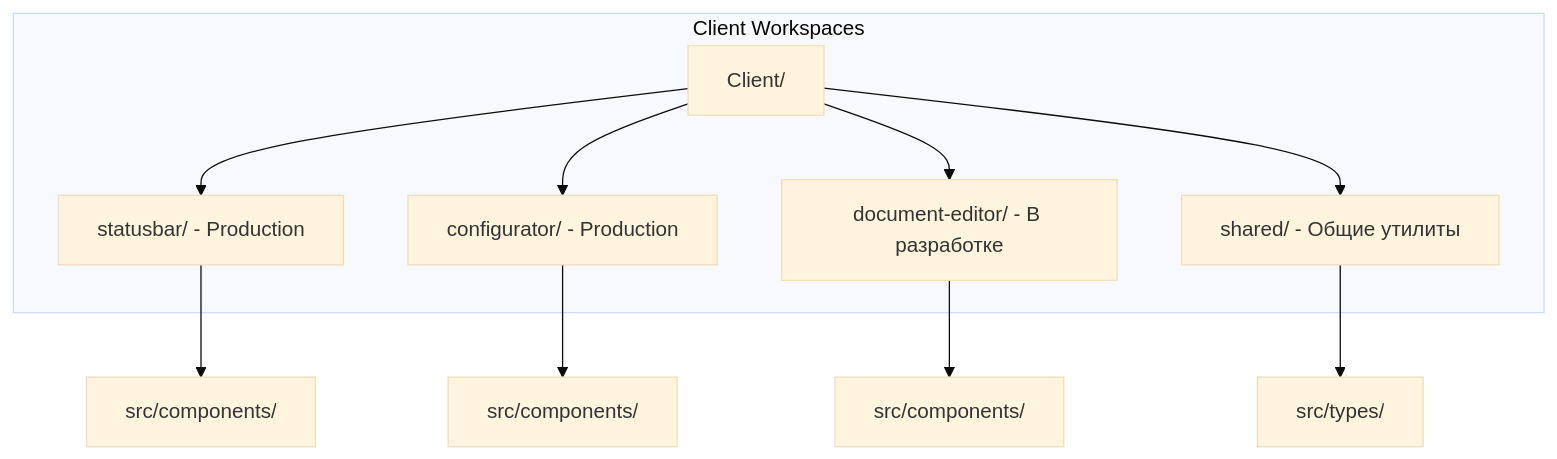
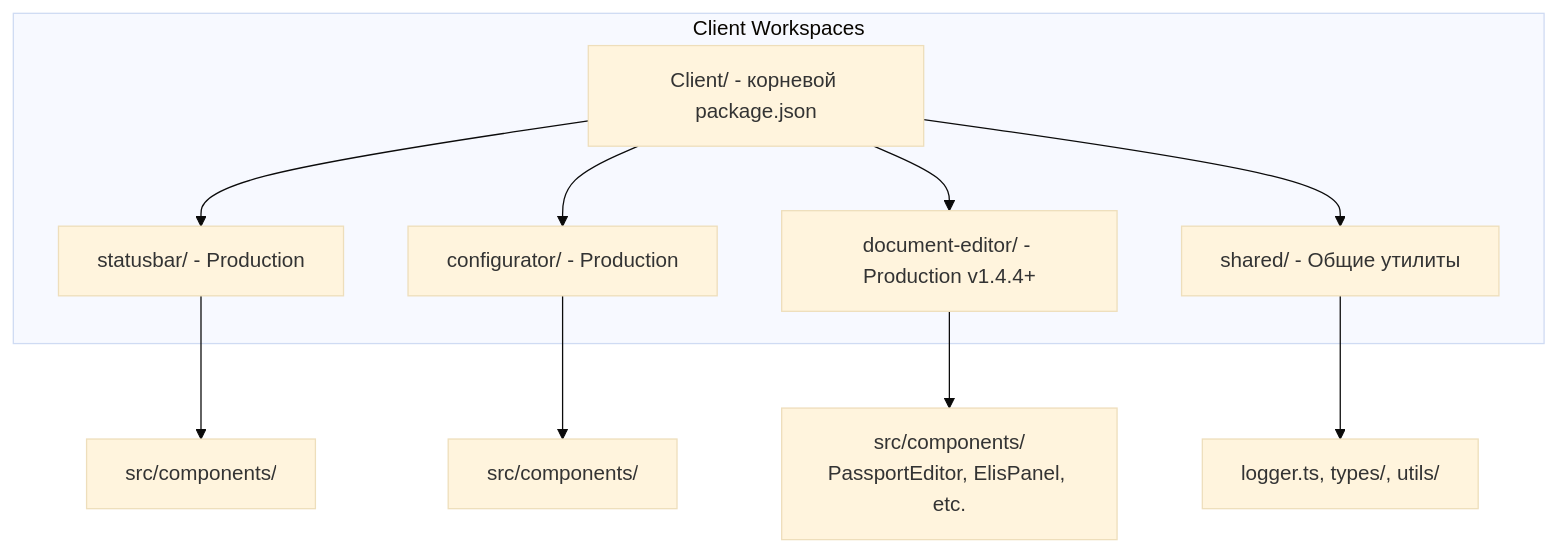
Before and after one commit to tn-ivk/tn-doc: the fourth of 4 diagrams in docs/development/setup.md, drawn with Mermaid (base theme). The commit also changed other lines of this file and 12 other files, not shown here.

````diff
--- a/docs/development/setup.md
+++ b/docs/development/setup.md
@@ -270,20 +388,20 @@
 ```mermaid
 graph TB
     subgraph "Client Workspaces"
-        Root[Client/]
+        Root[Client/ - корневой package.json]
         StatusBar[statusbar/ - Production]
         Configurator[configurator/ - Production]
-        Editor[document-editor/ - В разработке]
+        Editor[document-editor/ - Production v1.4.4+]
         Shared[shared/ - Общие утилиты]
     end
 
     Root --> StatusBar
     Root --> Configurator
     Root --> Editor
     Root --> Shared
 
     StatusBar --> SB_Src[src/components/]
     Configurator --> CF_Src[src/components/]
-    Editor --> ED_Src[src/components/]
-    Shared --> SH_Src[src/types/]
+    Editor --> ED_Src[src/components/<br/>PassportEditor, ElisPanel, etc.]
+    Shared --> SH_Src[logger.ts, types/, utils/]
 ```
````
